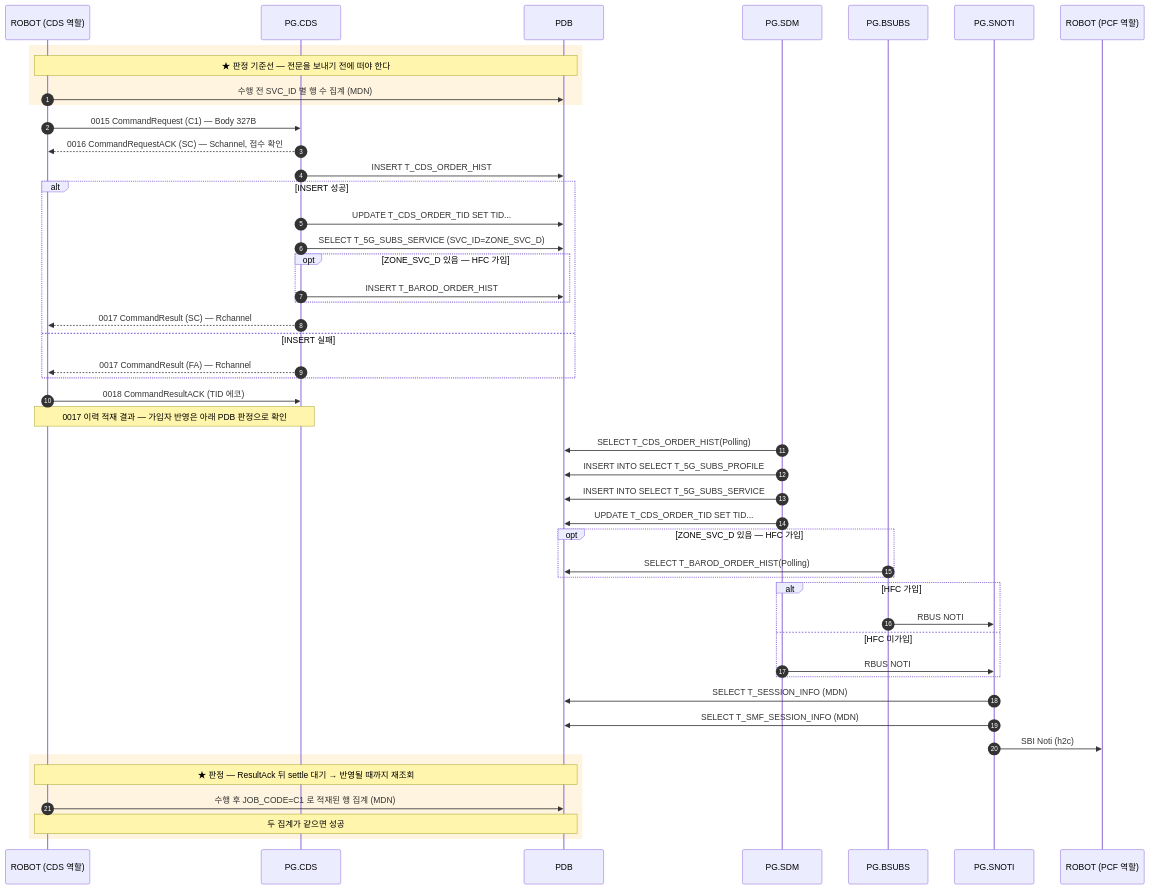
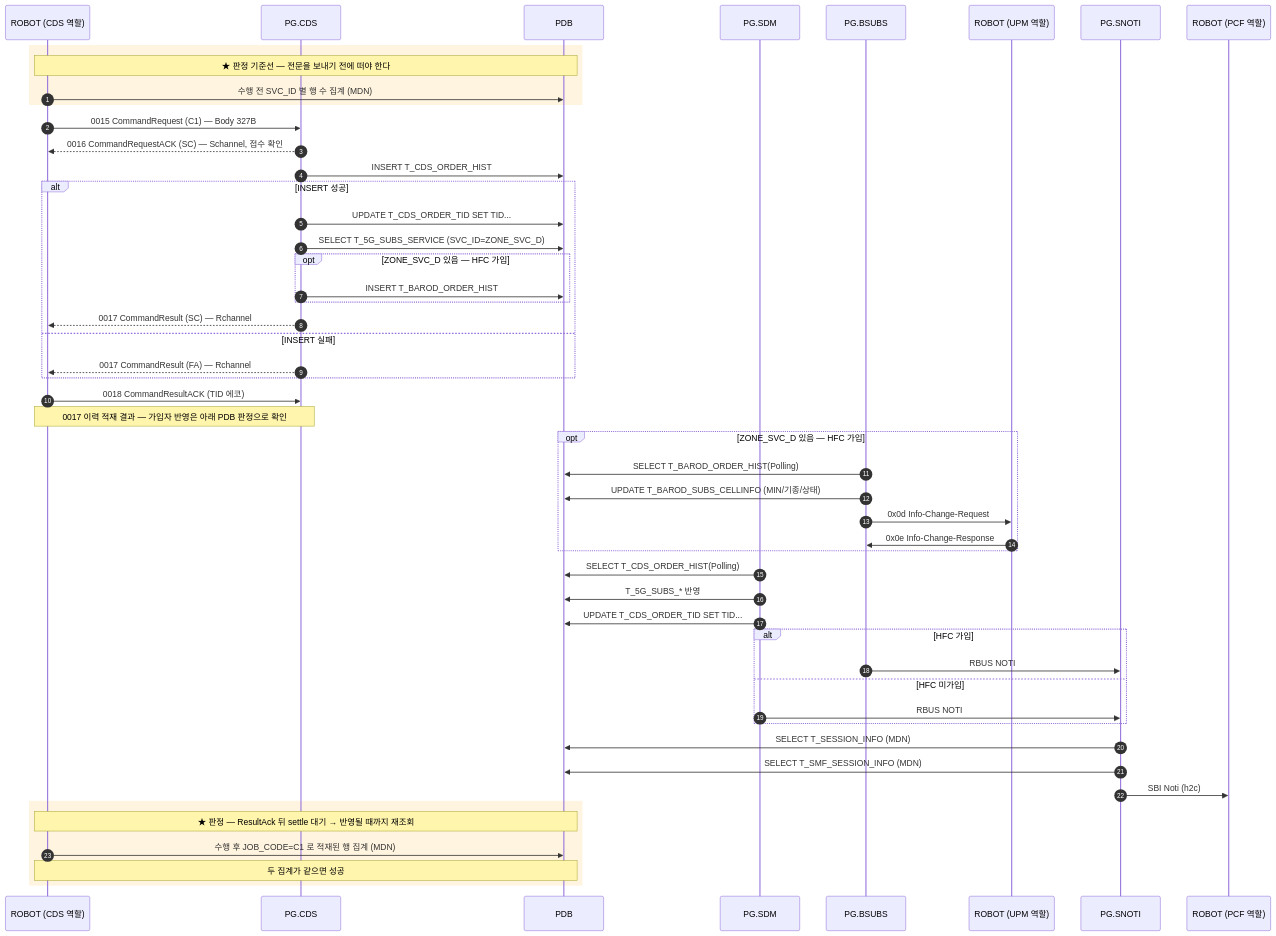
Before and after one commit to IanKim2030/tc4robot: the diagram in docs/callflow/CDS_C1.md, drawn with Mermaid. The commit also changed 3 other files, not shown here.

First line of the commit message:
docs(cds): C1/G1 도 BSUBS 를 거치면 UPM 0x0d/0x0e 를 탄다

````diff
--- a/docs/callflow/CDS_C1.md
+++ b/docs/callflow/CDS_C1.md
@@ -17,53 +17,55 @@
 ```mermaid
 sequenceDiagram
     autonumber
     participant TOOL as ROBOT (CDS 역할)
     participant PCDS as PG.CDS
     participant PDB as PDB
     participant SDM as PG.SDM
     participant BSUBS as PG.BSUBS
+    participant UPM as ROBOT (UPM 역할)
     participant SNOTI as PG.SNOTI
     participant PCF as ROBOT (PCF 역할)
 
     rect rgba(255, 176, 32, 0.14)
     Note over TOOL,PDB: ★ 판정 기준선 — 전문을 보내기 전에 떠야 한다
         TOOL->>PDB: 수행 전 SVC_ID 별 행 수 집계 (MDN)
     end
     TOOL->>PCDS: 0015 CommandRequest (C1) — Body 327B
     PCDS-->>TOOL: 0016 CommandRequestACK (SC) — Schannel, 접수 확인
     PCDS->>PDB: INSERT T_CDS_ORDER_HIST
     alt INSERT 성공
         PCDS->>PDB: UPDATE T_CDS_ORDER_TID SET TID...
         PCDS->>PDB: SELECT T_5G_SUBS_SERVICE (SVC_ID=ZONE_SVC_D)
         opt ZONE_SVC_D 있음 — HFC 가입
             PCDS->>PDB: INSERT T_BAROD_ORDER_HIST
         end
         PCDS-->>TOOL: 0017 CommandResult (SC) — Rchannel
     else INSERT 실패
         PCDS-->>TOOL: 0017 CommandResult (FA) — Rchannel
     end
     TOOL->>PCDS: 0018 CommandResultACK (TID 에코)
     Note over TOOL,PCDS: 0017 이력 적재 결과 — 가입자 반영은 아래 PDB 판정으로 확인
 
-    SDM->>PDB: SELECT T_CDS_ORDER_HIST(Polling)
-    SDM->>PDB: INSERT INTO SELECT T_5G_SUBS_PROFILE
-    SDM->>PDB: INSERT INTO SELECT T_5G_SUBS_SERVICE
-    SDM->>PDB: UPDATE T_CDS_ORDER_TID SET TID...
-
     opt ZONE_SVC_D 있음 — HFC 가입
         BSUBS->>PDB: SELECT T_BAROD_ORDER_HIST(Polling)
+        BSUBS->>PDB: UPDATE T_BAROD_SUBS_CELLINFO (MIN/기종/상태)
+        BSUBS->>UPM: 0x0d Info-Change-Request
+        UPM->>BSUBS: 0x0e Info-Change-Response
     end
+    SDM->>PDB: SELECT T_CDS_ORDER_HIST(Polling)
+    SDM->>PDB: T_5G_SUBS_* 반영
+    SDM->>PDB: UPDATE T_CDS_ORDER_TID SET TID...
     alt HFC 가입
         BSUBS->>SNOTI: RBUS NOTI
     else HFC 미가입
         SDM->>SNOTI: RBUS NOTI
     end
     SNOTI->>PDB: SELECT T_SESSION_INFO (MDN)
     SNOTI->>PDB: SELECT T_SMF_SESSION_INFO (MDN)
     SNOTI->>PCF: SBI Noti (h2c)
     rect rgba(255, 176, 32, 0.14)
     Note over TOOL,PDB: ★ 판정 — ResultAck 뒤 settle 대기 → 반영될 때까지 재조회
         TOOL->>PDB: 수행 후 JOB_CODE=C1 로 적재된 행 집계 (MDN)
         Note over TOOL,PDB: 두 집계가 같으면 성공
     end
 ```
````
